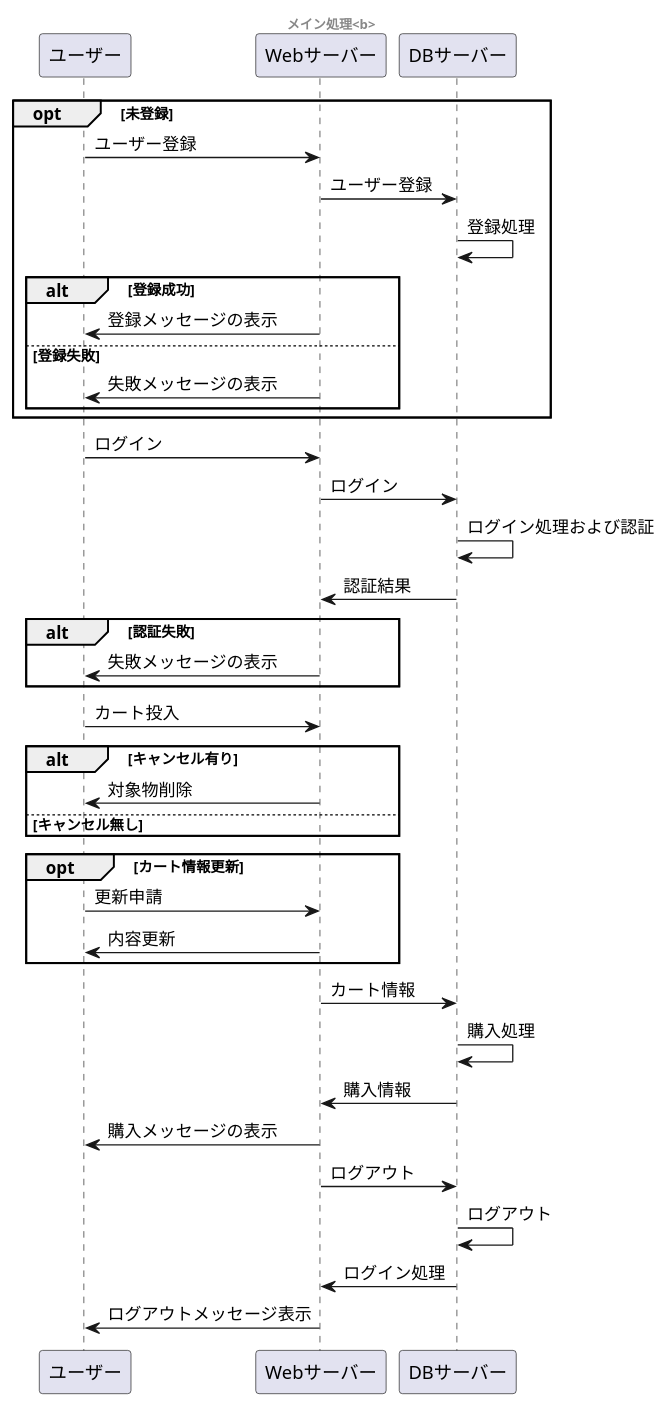
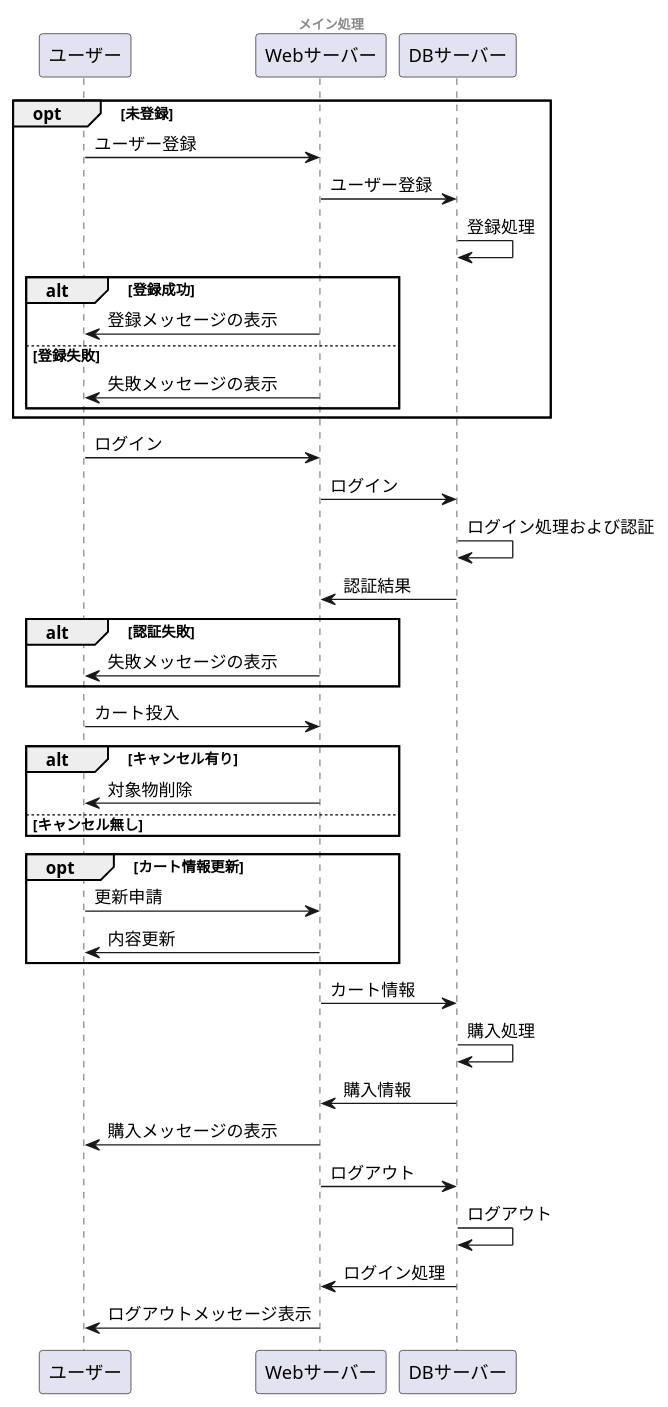
The first of 2 diagrams in sample/OperationFrow.md (Aso2001385/2021sys-design), drawn with PlantUML before and after one commit.

````diff
--- a/sample/OperationFrow.md
+++ b/sample/OperationFrow.md
@@ -1,57 +1,57 @@
 ```uml 
 @startuml 
-center header <b>メイン処理<b>
+center header <b>メイン処理</b>
 
  opt 未登録
 
   ユーザー -> Webサーバー:ユーザー登録
   Webサーバー -> DBサーバー:ユーザー登録
   DBサーバー -> DBサーバー:登録処理
 
   alt 登録成功
     Webサーバー ->ユーザー:登録メッセージの表示
   else 登録失敗
     Webサーバー ->ユーザー:失敗メッセージの表示
   end
 
  end
 
  ユーザー -> Webサーバー:ログイン
  Webサーバー -> DBサーバー:ログイン
  DBサーバー -> DBサーバー:ログイン処理および認証
  DBサーバー -> Webサーバー:認証結果
 
  alt 認証失敗
   Webサーバー ->ユーザー:失敗メッセージの表示
  end
  
 
 ユーザー -> Webサーバー:カート投入
 
 
 
   
   alt キャンセル有り
       Webサーバー ->ユーザー:対象物削除
     else キャンセル無し
   end
   
   opt カート情報更新
       ユーザー -> Webサーバー:更新申請
       Webサーバー ->ユーザー:内容更新
   end
   
 Webサーバー -> DBサーバー:カート情報
 DBサーバー -> DBサーバー:購入処理
 DBサーバー -> Webサーバー:購入情報
 Webサーバー ->ユーザー:購入メッセージの表示
 
  
 
 Webサーバー -> DBサーバー:ログアウト
 DBサーバー -> DBサーバー:ログアウト
 DBサーバー -> Webサーバー:ログイン処理
 Webサーバー ->ユーザー:ログアウトメッセージ表示
 
 @enduml
 ```
````
